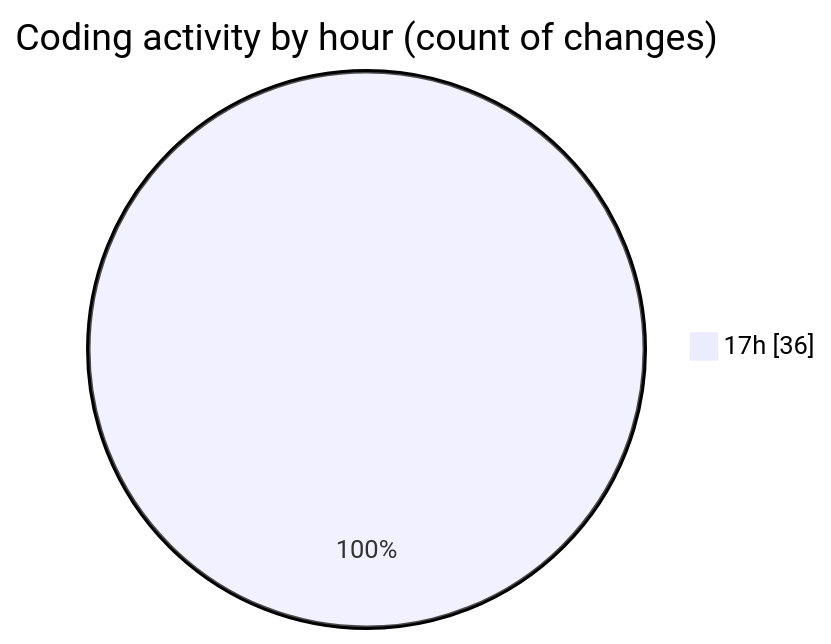
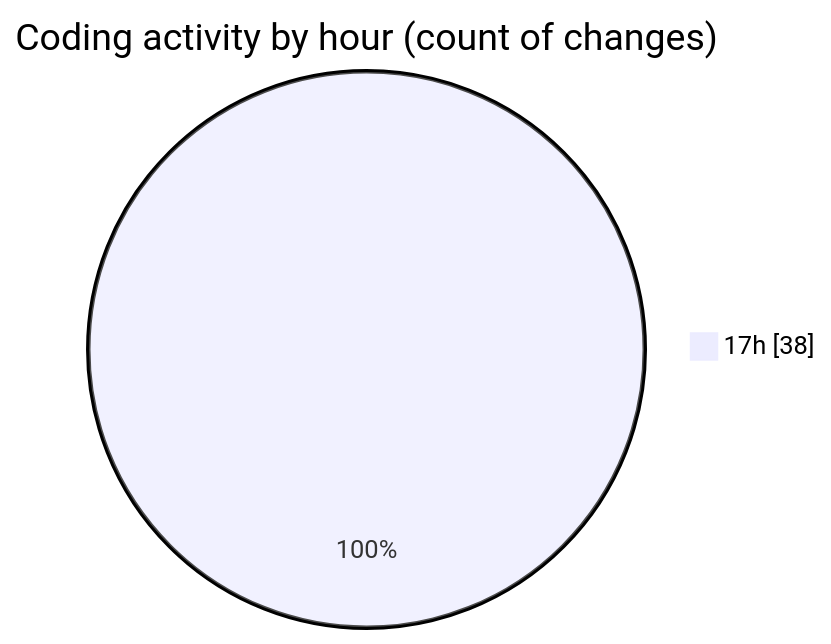
Before and after one commit to momahboobian/code-tracking: the second of 2 diagrams in 2025-03-20/cda/README.md, drawn with Mermaid. The commit also changed other lines of this file and 1 other file, not shown here.

````diff
--- a/2025-03-20/cda/README.md
+++ b/2025-03-20/cda/README.md
@@ -30,5 +30,5 @@
 ```mermaid
 pie showData
 title Coding activity by hour (count of changes)
-"17h" : 36
+"17h" : 38
 ```
````
